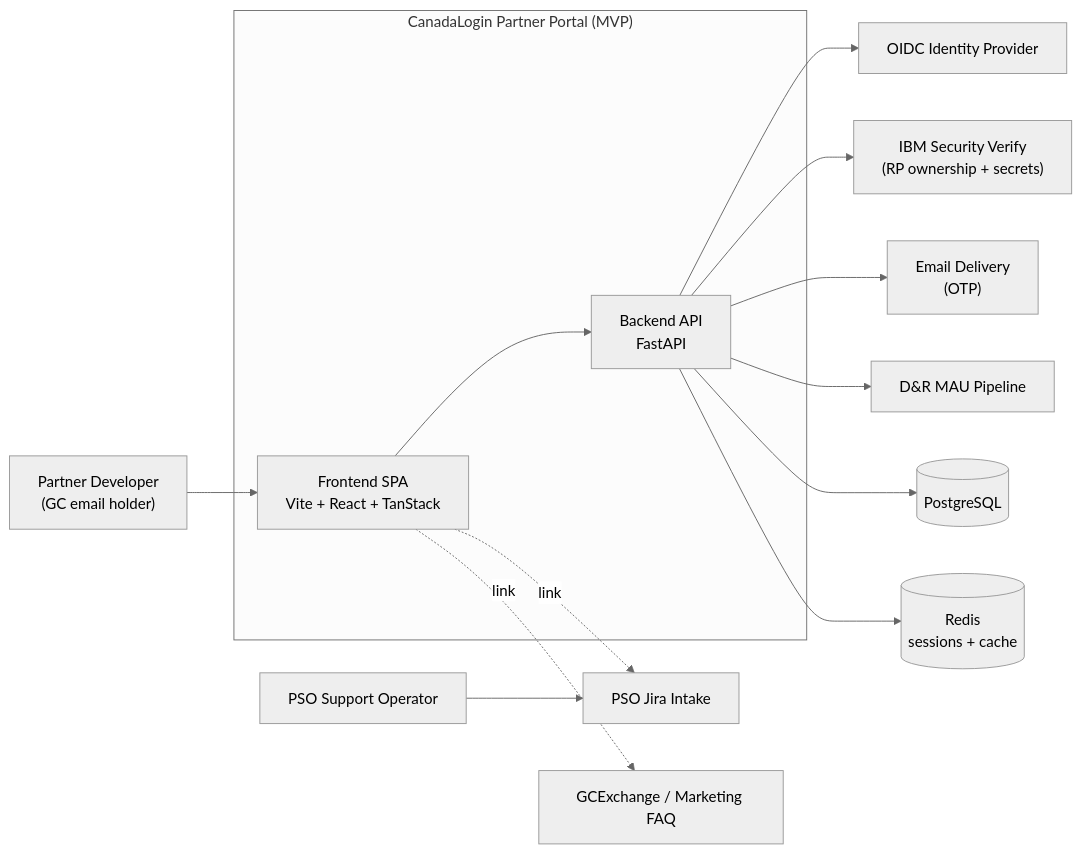
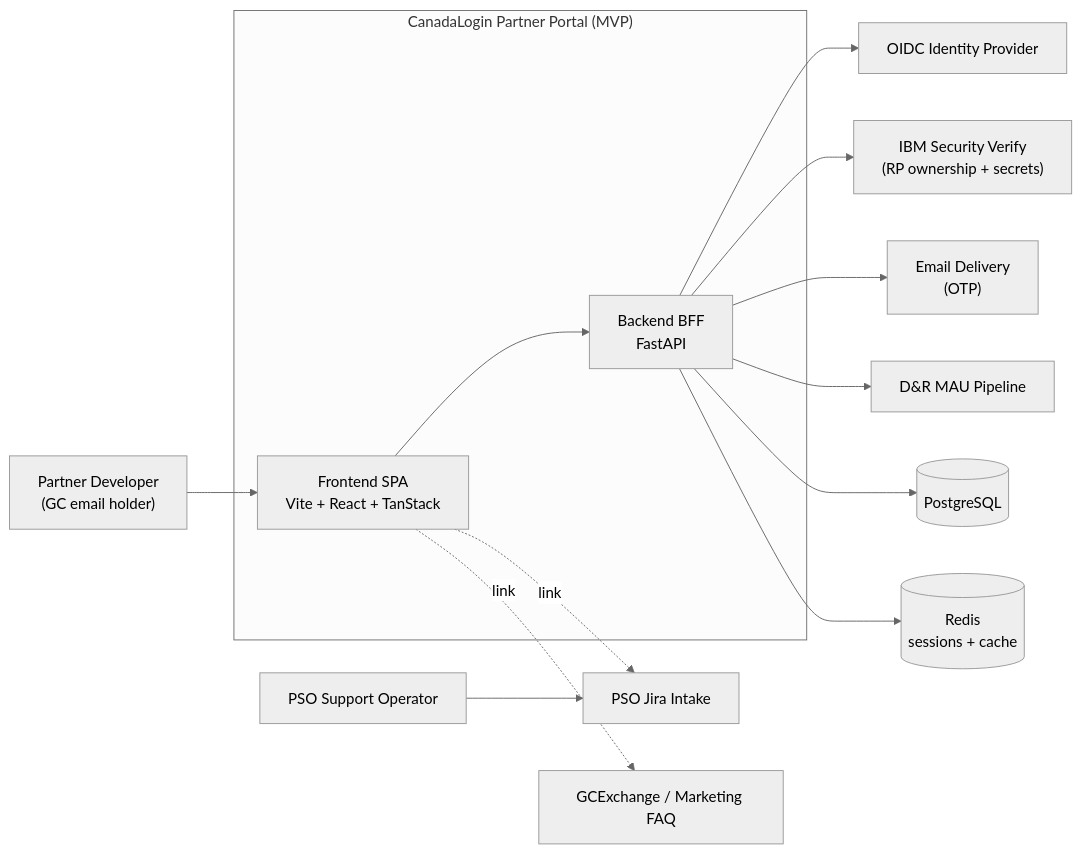
Before and after one commit to cds-snc/canadalogin-partner-portal: the first of 3 diagrams in docs/plans/partner-portal-mvp-architecture.md, drawn with Mermaid (neutral theme). The commit also changed other lines of this file and 18 other files, not shown here.

````diff
--- a/docs/plans/partner-portal-mvp-architecture.md
+++ b/docs/plans/partner-portal-mvp-architecture.md
@@ -18,31 +18,31 @@
 ```mermaid
 flowchart LR
     user["Partner Developer<br/>(GC email holder)"]
     pso["PSO Support Operator"]
 
     subgraph portal["CanadaLogin Partner Portal (MVP)"]
         fe["Frontend SPA<br/>Vite + React + TanStack"]
-        be["Backend API<br/>FastAPI"]
+        be["Backend BFF<br/>FastAPI"]
     end
 
     oidc["OIDC Identity Provider"]
     verify["IBM Security Verify<br/>(RP ownership + secrets)"]
     notify["Email Delivery<br/>(OTP)"]
     dnr["D&R MAU Pipeline"]
     jira["PSO Jira Intake"]
     gcx["GCExchange / Marketing FAQ"]
     pg[("PostgreSQL")]
     redis[("Redis<br/>sessions + cache")]
 
     user --> fe
     fe --> be
     be --> oidc
     be --> verify
     be --> notify
     be --> dnr
     be --> pg
     be --> redis
     fe -.link.-> jira
     fe -.link.-> gcx
     pso --> jira
 ```
````
